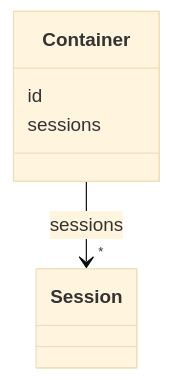
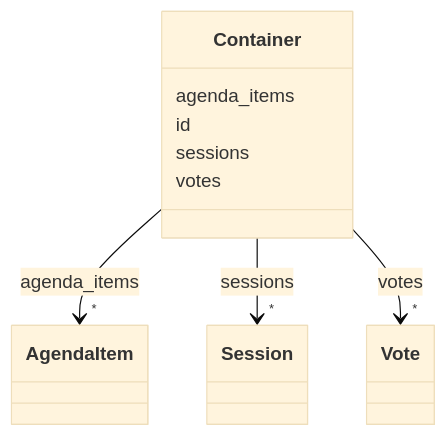
Before and after one commit to swiss/political-affairs-ech-group: the diagram in Gx_tutorial/output/docs/Container.md, drawn with Mermaid (base theme). The commit also changed other lines of this file and 45 other files, not shown here.

````diff
--- a/Gx_tutorial/output/docs/Container.md
+++ b/Gx_tutorial/output/docs/Container.md
@@ -14,19 +14,41 @@
 ```mermaid
  classDiagram
     class Container
     click Container href "../Container"
+      Container : agenda_items
+        
+          
+    
+        
+        
+        Container --> "*" AgendaItem : agenda_items
+        click AgendaItem href "../AgendaItem"
+    
+
+        
       Container : id
         
       Container : sessions
         
           
     
         
         
         Container --> "*" Session : sessions
         click Session href "../Session"
     
 
         
+      Container : votes
+        
+          
+    
+        
+        
+        Container --> "*" Vote : votes
+        click Vote href "../Vote"
+    
+
+        
       
 ```
````
